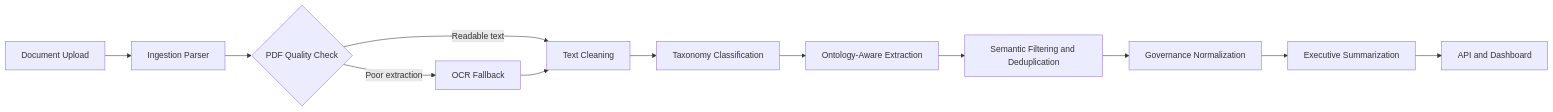
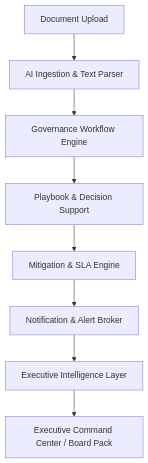
Before and after one commit to Sujalm18/Enterprise-Governance-Intelligence-Platform: the diagram in README.md, drawn with Mermaid. The commit also changed other lines of this file and 86 other files, not shown here.

````diff
--- a/README.md
+++ b/README.md
@@ -41,14 +31,10 @@
 ```mermaid
-flowchart LR
-    A["Document Upload"] --> B["Ingestion Parser"]
-    B --> C{"PDF Quality Check"}
-    C -->|"Poor extraction"| D["OCR Fallback"]
-    C -->|"Readable text"| E["Text Cleaning"]
-    D --> E
-    E --> F["Taxonomy Classification"]
-    F --> G["Ontology-Aware Extraction"]
-    G --> H["Semantic Filtering and Deduplication"]
-    H --> I["Governance Normalization"]
-    I --> J["Executive Summarization"]
-    J --> K["API and Dashboard"]
+flowchart TD
+    A[Document Upload] --> B[AI Ingestion & Text Parser]
+    B --> C[Governance Workflow Engine]
+    C --> D[Playbook & Decision Support]
+    D --> E[Mitigation & SLA Engine]
+    E --> F[Notification & Alert Broker]
+    F --> G[Executive Intelligence Layer]
+    G --> H[Executive Command Center / Board Pack]
 ```
````
